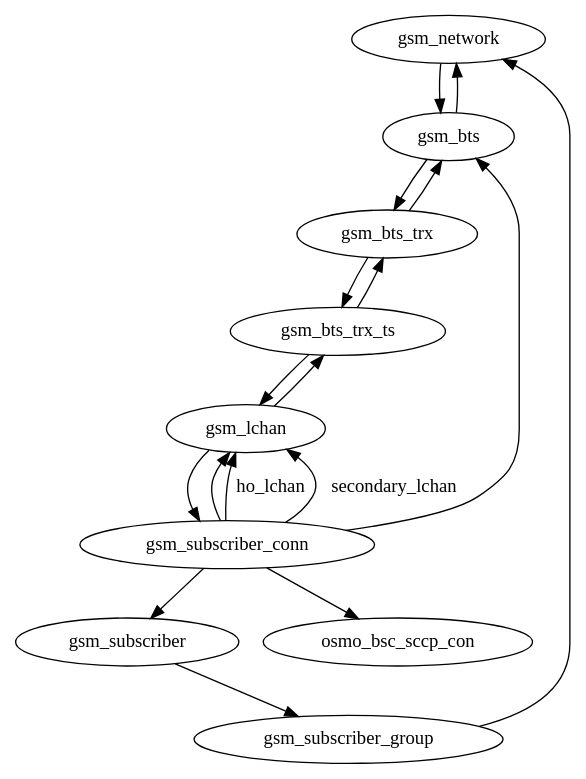
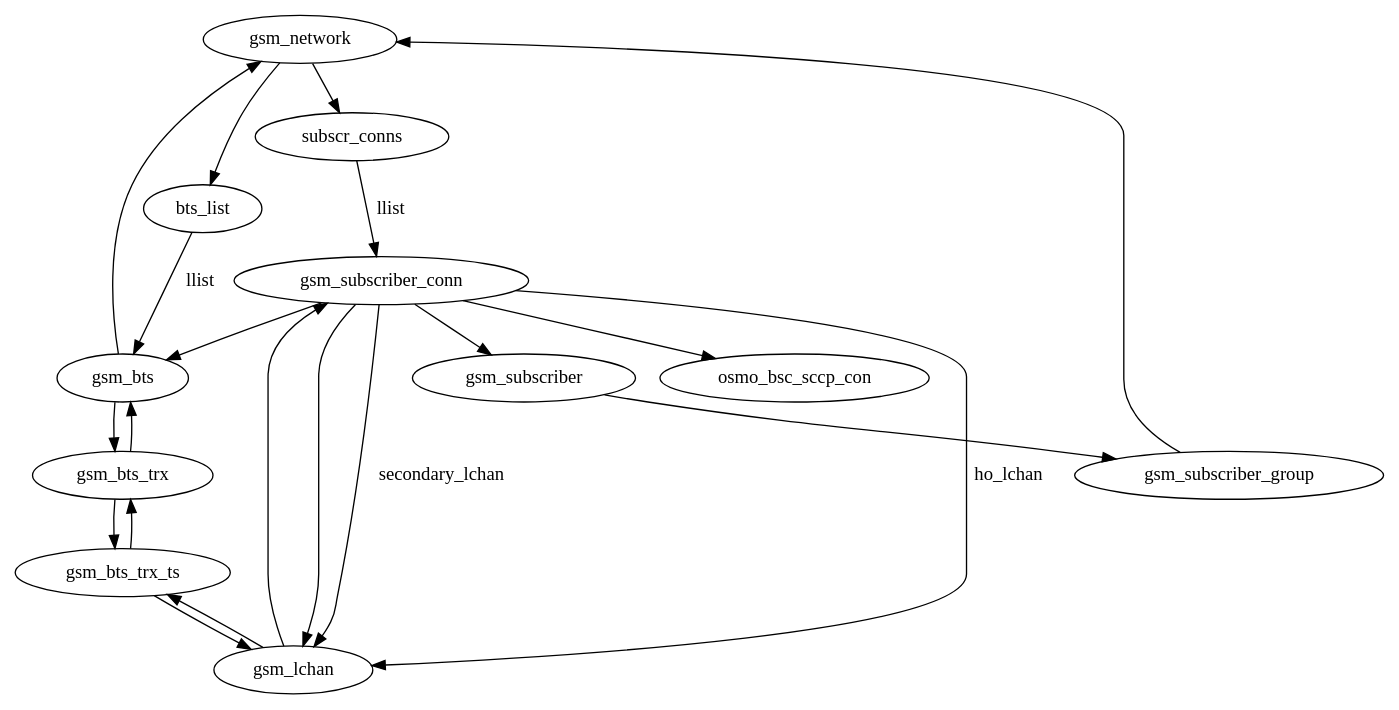
Before and after one commit to osmocom/openbsc: the diagram in openbsc/doc/osmo-nitb-data_structures.dot, drawn with Graphviz.

Commit message:
doc: add lists to nitb graph

```diff
--- a/openbsc/doc/osmo-nitb-data_structures.dot
+++ b/openbsc/doc/osmo-nitb-data_structures.dot
@@ -1,33 +1,38 @@
 digraph G {
 	net [label="gsm_network"]
+	subconns [label="subscr_conns"]
+	btslist [label="bts_list"]
 	bts [label="gsm_bts"]
 	trx [label="gsm_bts_trx"]
 	ts [label="gsm_bts_trx_ts"]
 	lchan [label="gsm_lchan"]
 	sub [label="gsm_subscriber"]
 	subcon [label="gsm_subscriber_conn"]
 	sccpcon [label="osmo_bsc_sccp_con"]
 	subgrp [label="gsm_subscriber_group"]
 
-	net -> bts
+	net -> btslist
+	btslist -> bts [label="llist"]
 	bts -> trx
 	trx -> ts
 	ts -> lchan
 
 	lchan -> ts
 	ts -> trx
 	trx -> bts
 	bts -> net
 
 	lchan -> subcon
 
+	net -> subconns
+	subconns -> subcon [label="llist"]
 	subcon -> sub
 	subcon -> sccpcon
 	subcon -> lchan
 	subcon -> lchan [label="ho_lchan"]
 	subcon -> bts
 	subcon -> lchan [label="secondary_lchan"]
 
 	sub -> subgrp
 	subgrp -> net
 }
```
